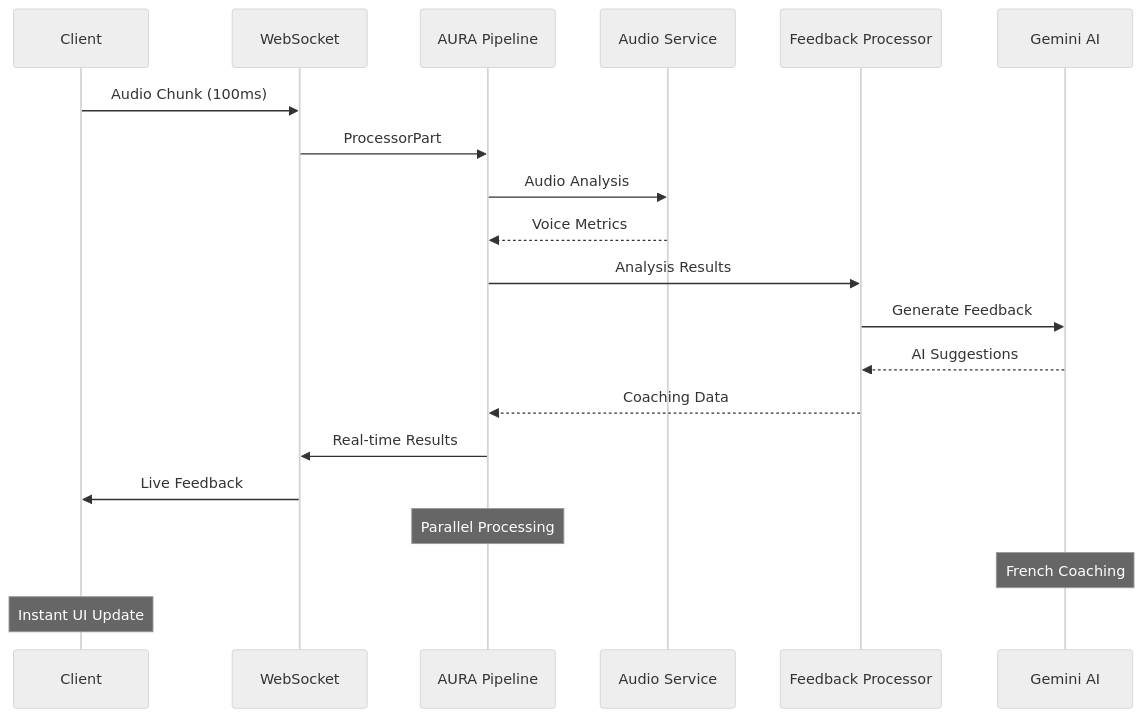
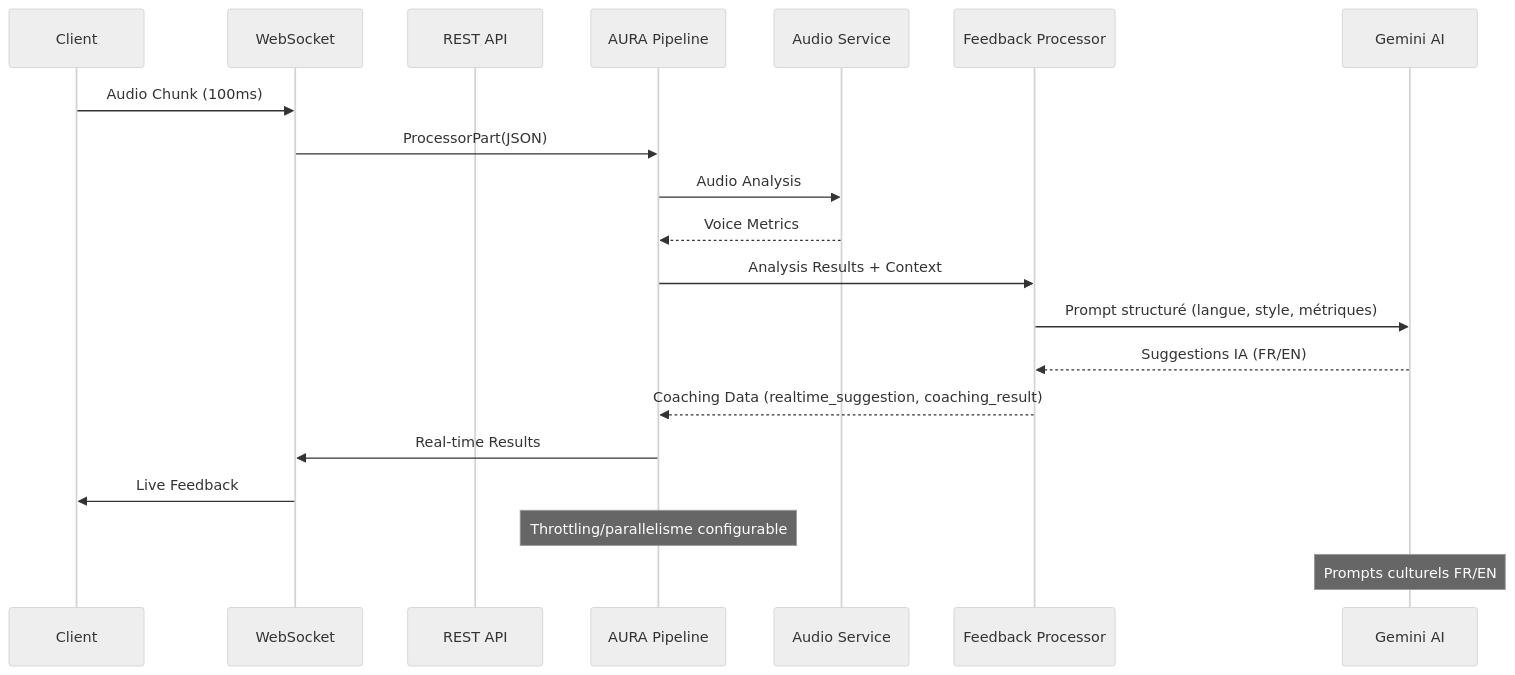
One commit to valak74200/AURA changed the third of 3 diagrams in README.md. Above: the diagram before and after it, drawn with Mermaid (neutral theme). The commit also changed other lines of this file, not shown here.

Commit message:
feat: Update README to include TTS subsystem diagrams and enhance audio processing pipeline details

````diff
--- a/README.md
+++ b/README.md
@@ -104,24 +136,24 @@
 ```mermaid
 sequenceDiagram
     participant C as Client
     participant WS as WebSocket
+    participant REST as REST API
     participant AP as AURA Pipeline
     participant AS as Audio Service
     participant FP as Feedback Processor
     participant AI as Gemini AI
     
     C->>WS: Audio Chunk (100ms)
-    WS->>AP: ProcessorPart
+    WS->>AP: ProcessorPart(JSON)
     AP->>AS: Audio Analysis
     AS-->>AP: Voice Metrics
-    AP->>FP: Analysis Results
-    FP->>AI: Generate Feedback
-    AI-->>FP: AI Suggestions
-    FP-->>AP: Coaching Data
+    AP->>FP: Analysis Results + Context
+    FP->>AI: Prompt structuré (langue, style, métriques)
+    AI-->>FP: Suggestions IA (FR/EN)
+    FP-->>AP: Coaching Data (realtime_suggestion, coaching_result)
     AP->>WS: Real-time Results
     WS->>C: Live Feedback
-    
-    Note over AP: Parallel Processing
-    Note over AI: French Coaching
-    Note over C: Instant UI Update
+
+    Note over AP: Throttling/parallelisme configurable
+    Note over AI: Prompts culturels FR/EN
 ```
````
